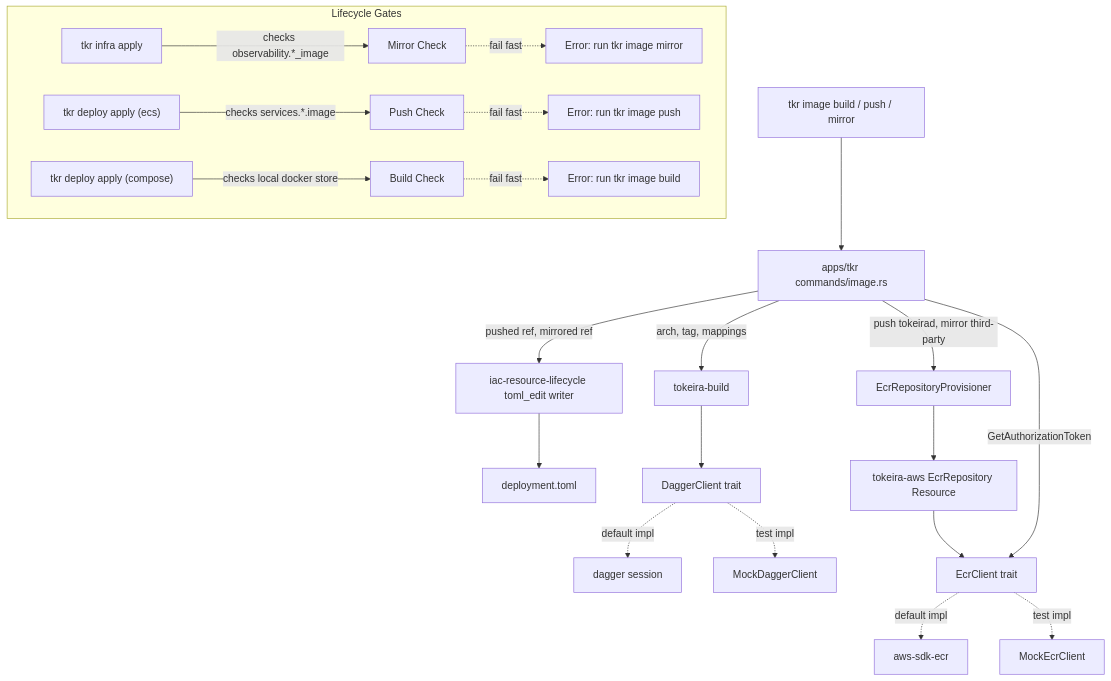
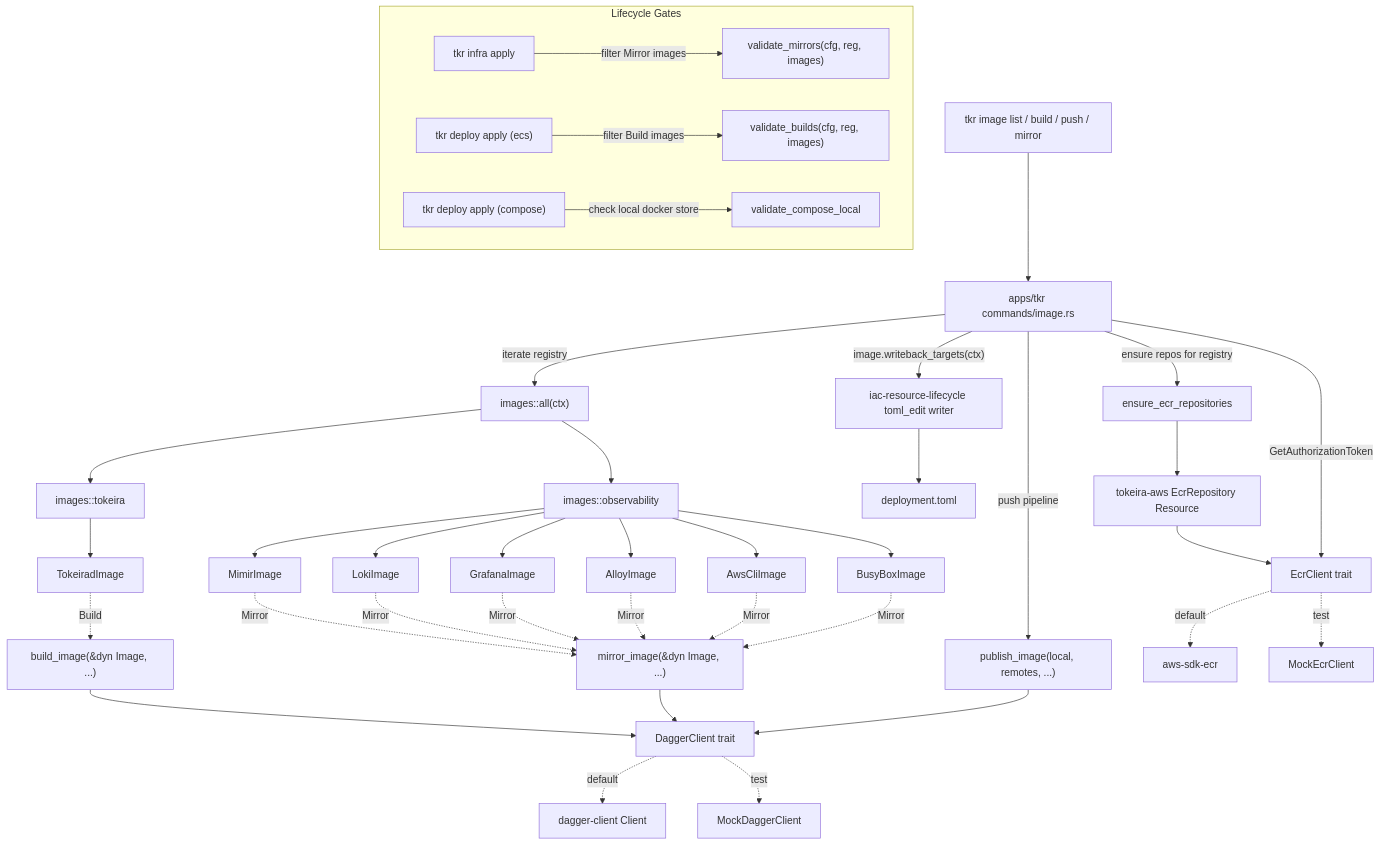
The diagram in .kiro/specs/image-lifecycle/design.md (tokeira/tokeira), drawn with Mermaid before and after one commit. The commit also changed other lines of this file and 2 other files, not shown here.

First line of the commit message:
spec(image-lifecycle): strengthen IaC abstractions via Image trait

````diff
--- a/.kiro/specs/image-lifecycle/design.md
+++ b/.kiro/specs/image-lifecycle/design.md
@@ -17,28 +30,47 @@
 ```mermaid
 graph TD
-    TKR["tkr image build / push / mirror"] --> ImageCmd["apps/tkr commands/image.rs"]
-    ImageCmd -->|"arch, tag, mappings"| BuildCrate[tokeira-build]
-    ImageCmd -->|"push tokeirad, mirror third-party"| EcrProvisioner[EcrRepositoryProvisioner]
-    ImageCmd -->|"pushed ref, mirrored ref"| Writeback["iac-resource-lifecycle toml_edit writer"]
+    TKR["tkr image list / build / push / mirror"] --> CmdHandler["apps/tkr commands/image.rs"]
+
+    CmdHandler -->|"iterate registry"| Registry["images::all(ctx)"]
+    Registry --> TokeiraMod["images::tokeira"]
+    Registry --> ObsMod["images::observability"]
+    TokeiraMod --> TokeiradImage
+    ObsMod --> MimirImage
+    ObsMod --> LokiImage
+    ObsMod --> GrafanaImage
+    ObsMod --> AlloyImage
+    ObsMod --> AwsCliImage
+    ObsMod --> BusyBoxImage
+
+    TokeiradImage -.->|"Build"| BuildPipeline["build_image(&dyn Image, ...)"]
+    MimirImage -.->|"Mirror"| MirrorPipeline["mirror_image(&dyn Image, ...)"]
+    LokiImage -.->|"Mirror"| MirrorPipeline
+    GrafanaImage -.->|"Mirror"| MirrorPipeline
+    AlloyImage -.->|"Mirror"| MirrorPipeline
+    AwsCliImage -.->|"Mirror"| MirrorPipeline
+    BusyBoxImage -.->|"Mirror"| MirrorPipeline
+
+    CmdHandler -->|"push pipeline"| PublishPipeline["publish_image(local, remotes, ...)"]
+    BuildPipeline --> DaggerTrait["DaggerClient trait"]
+    MirrorPipeline --> DaggerTrait
+    PublishPipeline --> DaggerTrait
+    DaggerTrait -.->|"default"| DaggerSession["dagger-client Client"]
+    DaggerTrait -.->|"test"| MockDagger[MockDaggerClient]
+
+    CmdHandler -->|"image.writeback_targets(ctx)"| Writeback["iac-resource-lifecycle toml_edit writer"]
     Writeback --> DeploymentToml["deployment.toml"]
 
-    BuildCrate --> DaggerClient["DaggerClient trait"]
-    DaggerClient -.->|"default impl"| DaggerSession["dagger session"]
-    DaggerClient -.->|"test impl"| MockDagger[MockDaggerClient]
+    CmdHandler -->|"ensure repos for registry"| EcrHelpers["ensure_ecr_repositories"]
+    EcrHelpers --> EcrResource["tokeira-aws EcrRepository Resource"]
+    EcrResource --> EcrTrait["EcrClient trait"]
+    EcrTrait -.->|"default"| AwsSdkEcr["aws-sdk-ecr"]
+    EcrTrait -.->|"test"| MockEcr[MockEcrClient]
 
-    EcrProvisioner --> EcrResource["tokeira-aws EcrRepository Resource"]
-    EcrResource --> EcrClient["EcrClient trait"]
-    EcrClient -.->|"default impl"| AwsSdkEcr["aws-sdk-ecr"]
-    EcrClient -.->|"test impl"| MockEcr[MockEcrClient]
-
-    ImageCmd -->|GetAuthorizationToken| EcrClient
+    CmdHandler -->|GetAuthorizationToken| EcrTrait
 
     subgraph "Lifecycle Gates"
-      InfraApply["tkr infra apply"] -->|"checks observability.*_image"| ObsGate["Mirror Check"]
-      DeployApplyEcs["tkr deploy apply (ecs)"] -->|"checks services.*.image"| PushGate["Push Check"]
-      DeployApplyCompose["tkr deploy apply (compose)"] -->|"checks local docker store"| BuildGate["Build Check"]
-      ObsGate -.->|"fail fast"| RemediationMirror["Error: run tkr image mirror"]
-      PushGate -.->|"fail fast"| RemediationPush["Error: run tkr image push"]
-      BuildGate -.->|"fail fast"| RemediationBuild["Error: run tkr image build"]
+      InfraApply["tkr infra apply"] -->|"filter Mirror images"| MirrorGate["validate_mirrors(cfg, reg, images)"]
+      DeployApplyEcs["tkr deploy apply (ecs)"] -->|"filter Build images"| BuildGate["validate_builds(cfg, reg, images)"]
+      DeployApplyCompose["tkr deploy apply (compose)"] -->|"check local docker store"| ComposeGate["validate_compose_local"]
     end
 ```
````
